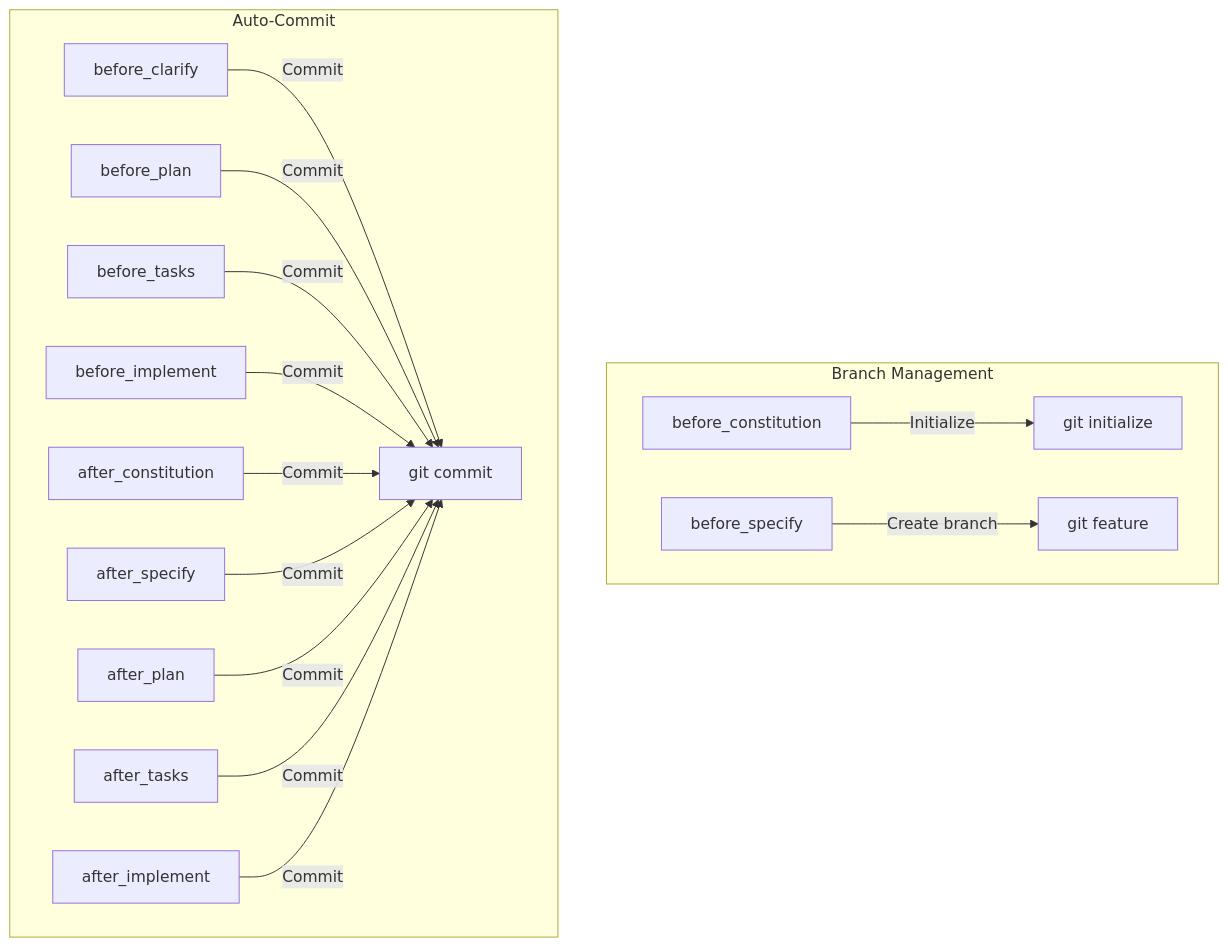
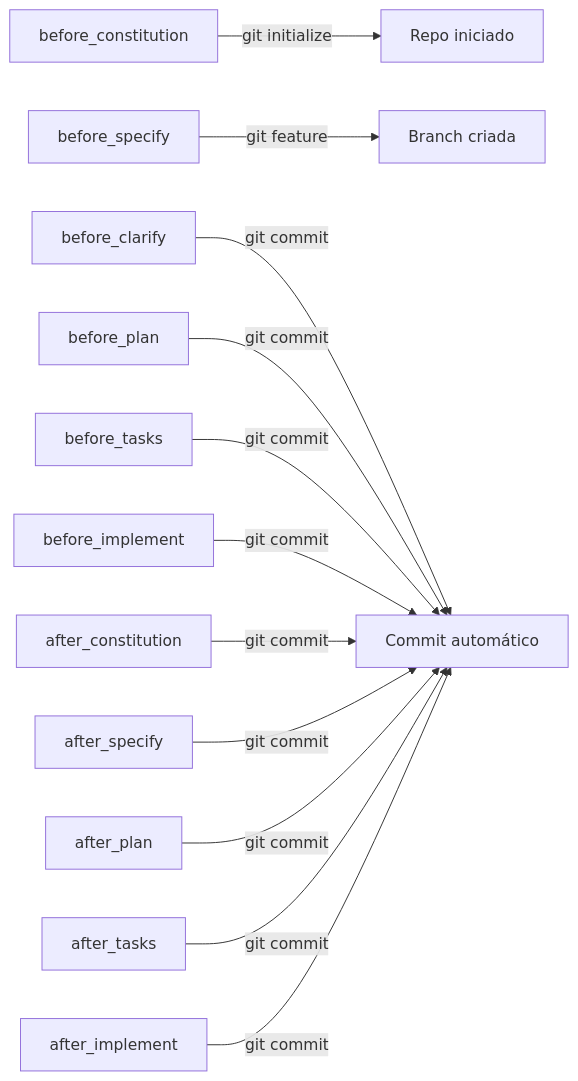
Before and after one commit to wagner-sousa/spec-kit-docker: the fourth of 9 diagrams in README.md, drawn with Mermaid. The commit also changed other lines of this file, not shown here.

````diff
--- a/README.md
+++ b/README.md
@@ -140,19 +127,14 @@
 ```mermaid
-graph TD
-    subgraph "Branch Management"
-        A[before_constitution] -->|Initialize| B[git initialize]
-        C[before_specify] -->|Create branch| D[git feature]
-    end
-
-    subgraph "Auto-Commit"
-        E[before_clarify] -->|Commit| F[git commit]
-        G[before_plan] -->|Commit| F
-        H[before_tasks] -->|Commit| F
-        I[before_implement] -->|Commit| F
-        J[after_constitution] -->|Commit| F
-        K[after_specify] -->|Commit| F
-        L[after_plan] -->|Commit| F
-        M[after_tasks] -->|Commit| F
-        N[after_implement] -->|Commit| F
-    end
+graph LR
+    A[before_constitution] -->|git initialize| B[Repo iniciado]
+    C[before_specify] -->|git feature| D[Branch criada]
+    E[before_clarify] -->|git commit| F[Commit automático]
+    G[before_plan] -->|git commit| F
+    H[before_tasks] -->|git commit| F
+    I[before_implement] -->|git commit| F
+    J[after_constitution] -->|git commit| F
+    K[after_specify] -->|git commit| F
+    L[after_plan] -->|git commit| F
+    M[after_tasks] -->|git commit| F
+    N[after_implement] -->|git commit| F
 ```
````
